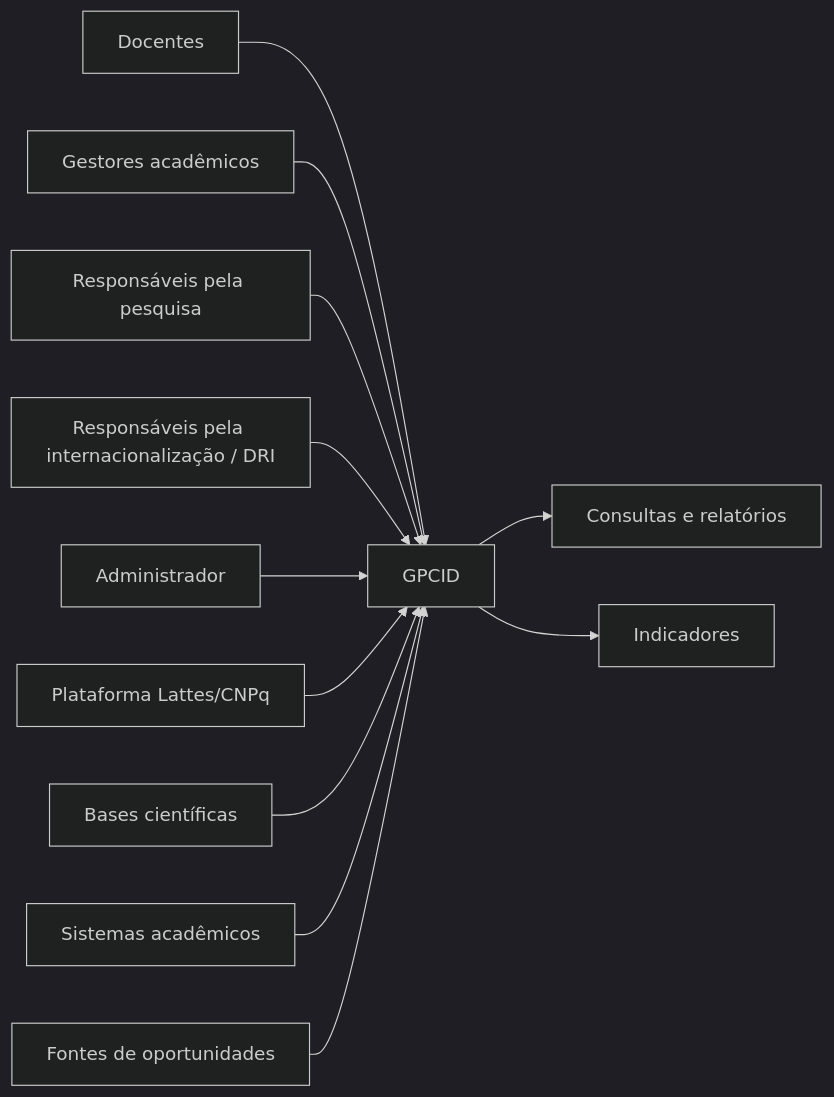
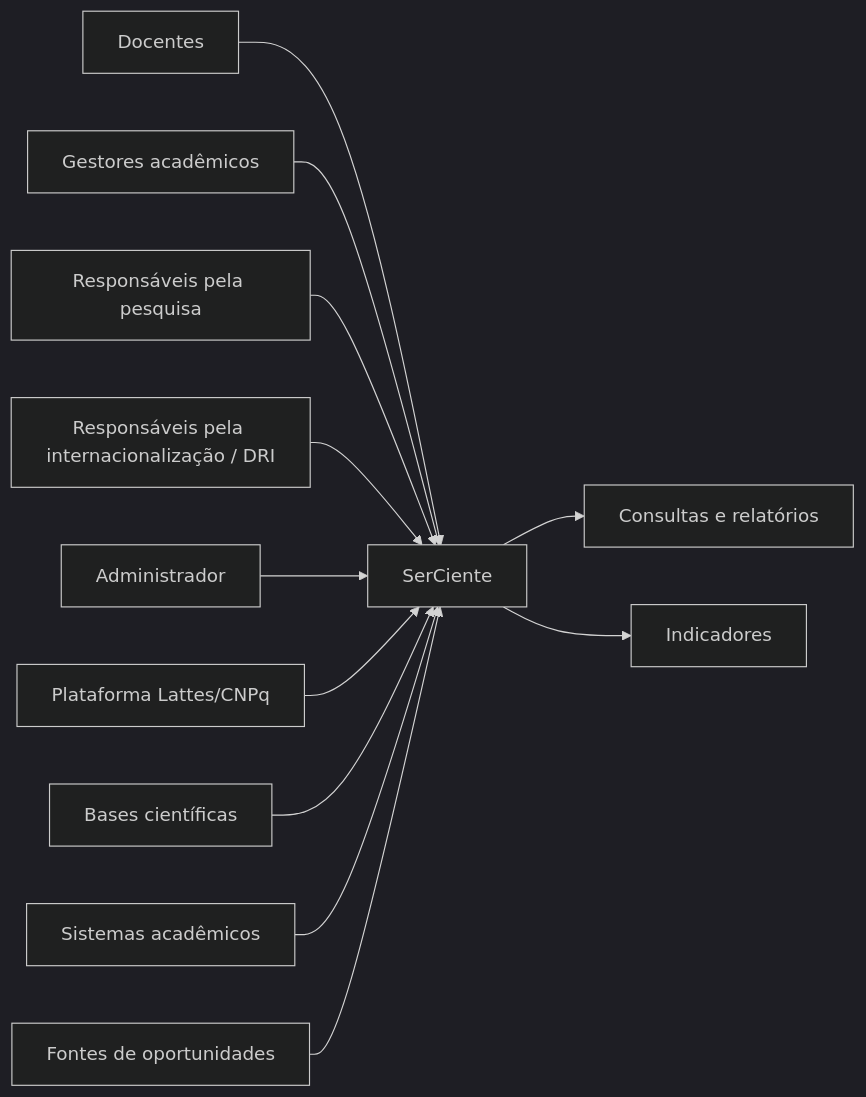
One commit to PseudoQuimera/requisitos-2026-02-Equipe3 changed the diagram in Doc/Especificação de Requisito de Software.md. Above: the diagram before and after it, drawn with Mermaid (dark theme). The commit also changed other lines of this file and 2 other files, not shown here.

Commit message:
Renomeação de projeto de GPCID para SerCiente

````diff
--- a/Doc/Especificação de Requisito de Software.md
+++ b/Doc/Especificação de Requisito de Software.md
@@ -256,16 +256,16 @@
 ```mermaid
 flowchart LR
-    D[Docentes] --> G[GPCID]
+    D[Docentes] --> G[SerCiente]
     GA[Gestores acadêmicos] --> G
     P[Responsáveis pela pesquisa] --> G
     I[Responsáveis pela internacionalização / DRI] --> G
     ADM[Administrador] --> G
 
     L[Plataforma Lattes/CNPq] --> G
     B[Bases científicas] --> G
     S[Sistemas acadêmicos] --> G
     O[Fontes de oportunidades] --> G
 
     G --> R[Consultas e relatórios]
     G --> IND[Indicadores]
 ```
````
